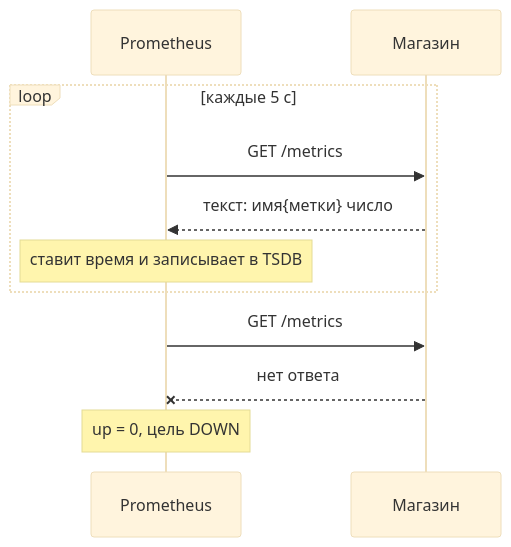
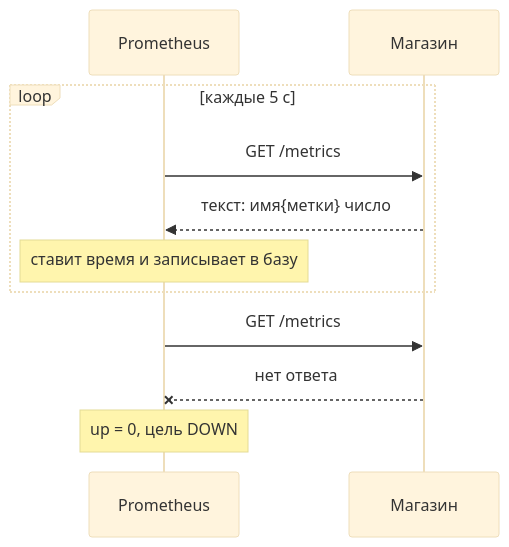
One commit to distinguished-sre/load-tester changed the second of 2 diagrams in 07-observability/01-metrics-prometheus.md. Above: the diagram before and after it, drawn with Mermaid (base theme). The commit also changed other lines of this file and 6 other files, not shown here.

````diff
--- a/07-observability/01-metrics-prometheus.md
+++ b/07-observability/01-metrics-prometheus.md
@@ -114,13 +94,13 @@
 ```mermaid
 sequenceDiagram
     participant П as Prometheus
     participant М as Магазин
     loop каждые 5 с
         П->>М: GET /metrics
         М-->>П: текст: имя{метки} число
-        Note over П: ставит время и записывает в TSDB
+        Note over П: ставит время и записывает в базу
     end
     П->>М: GET /metrics
     М--xП: нет ответа
     Note over П: up = 0, цель DOWN
 ```
````
